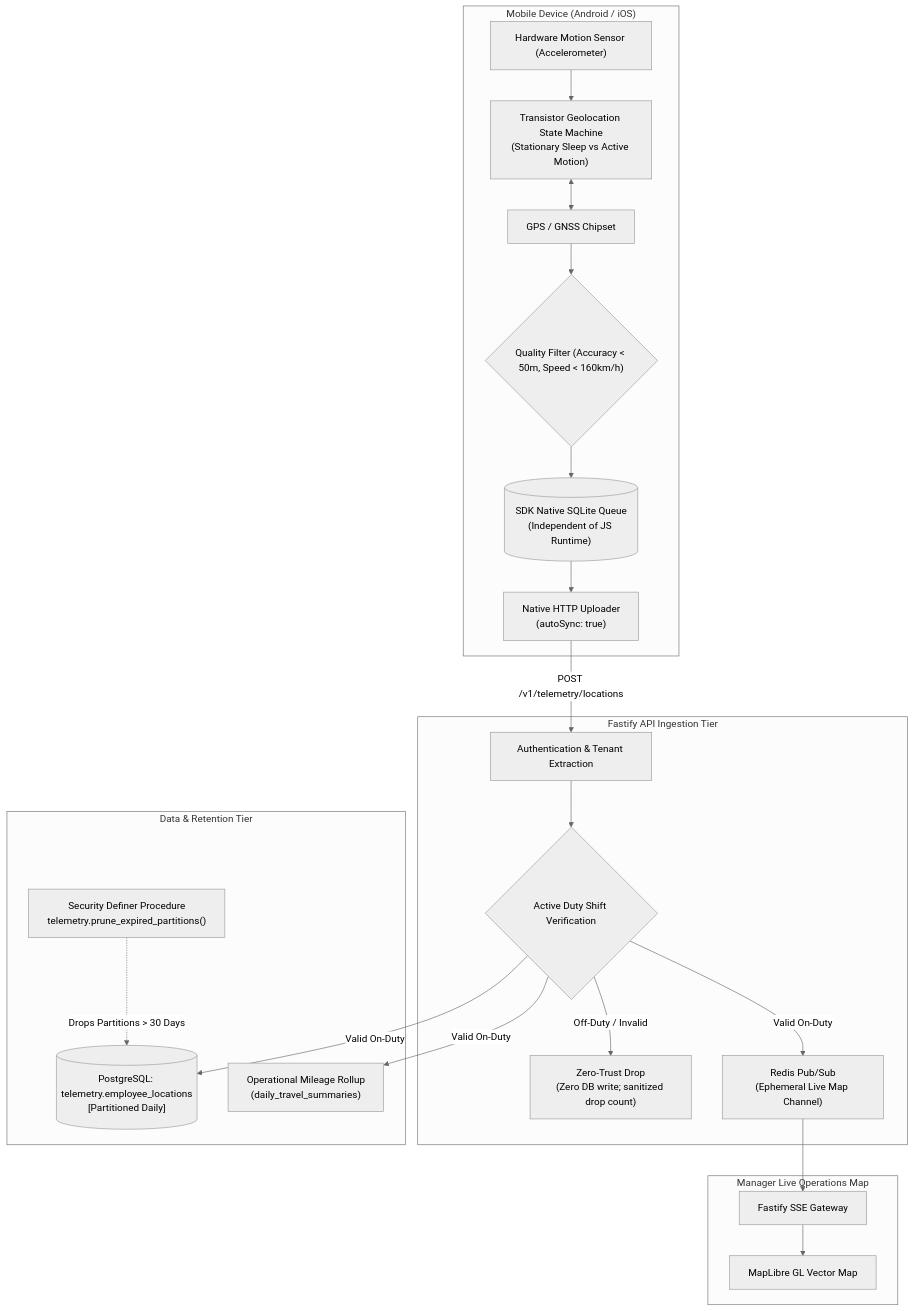
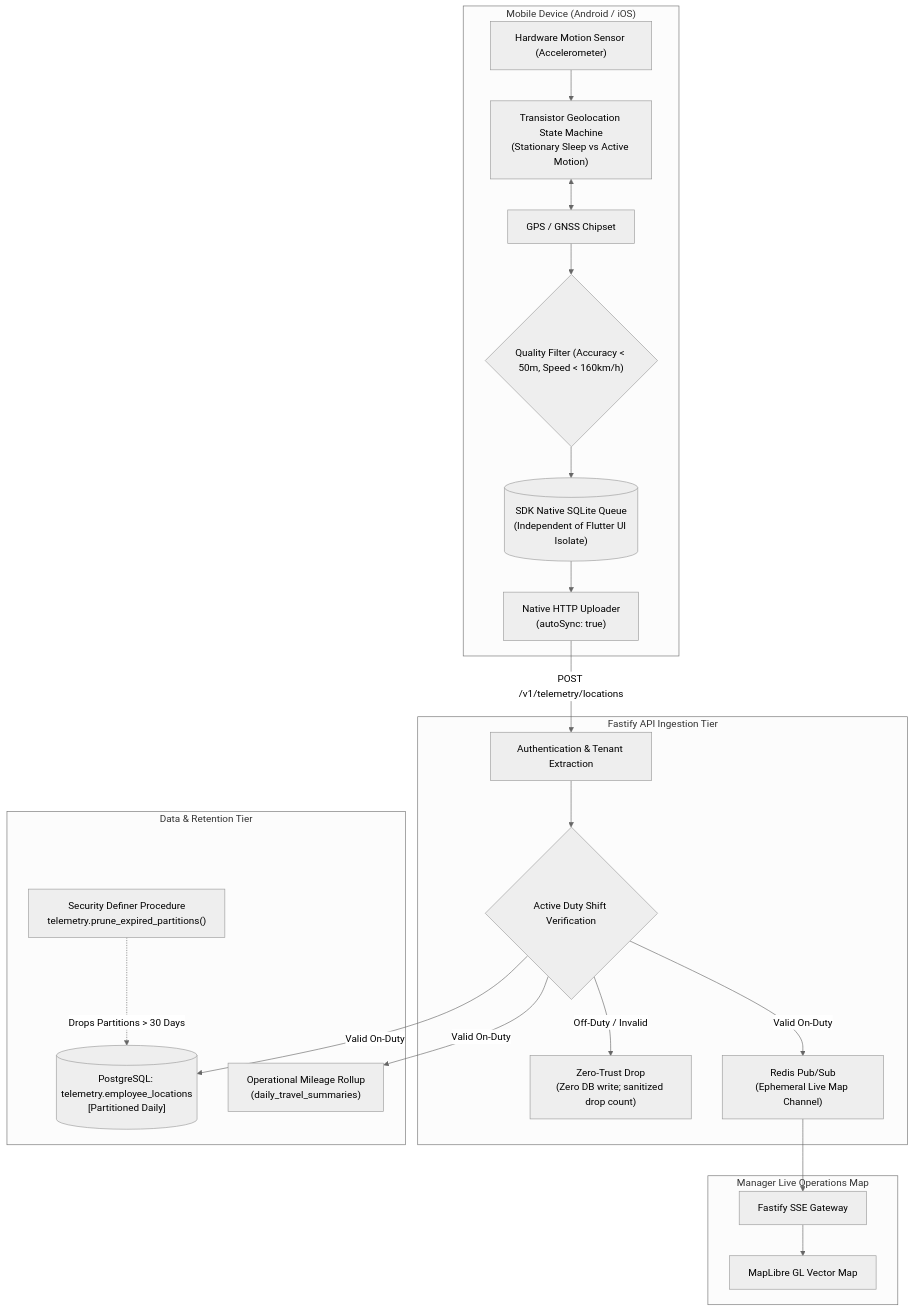
The diagram in docs/architecture/LOCATION-PIPELINE.md (djsushilkumar/oprino), drawn with Mermaid (neutral theme) before and after one commit. The commit also changed other lines of this file and 151 other files, not shown here.

Commit message:
chore: freeze Flutter architecture and Phase 01B baseline

````diff
--- a/docs/architecture/LOCATION-PIPELINE.md
+++ b/docs/architecture/LOCATION-PIPELINE.md
@@ -24,41 +24,41 @@
 ```mermaid
 flowchart TD
     subgraph MobileDevice["Mobile Device (Android / iOS)"]
         GPS["GPS / GNSS Chipset"]
         MOTION["Hardware Motion Sensor (Accelerometer)"]
         SDK_ENGINE["Transistor Geolocation State Machine<br>(Stationary Sleep vs Active Motion)"]
         QUALITY_FILTER{"Quality Filter (Accuracy < 50m, Speed < 160km/h)"}
-        NATIVE_QUEUE[("SDK Native SQLite Queue<br>(Independent of JS Runtime)")]
+        NATIVE_QUEUE[("SDK Native SQLite Queue<br>(Independent of Flutter UI Isolate)")]
         NATIVE_HTTP["Native HTTP Uploader<br>(autoSync: true)"]
     end
 
     subgraph FastifyAPI["Fastify API Ingestion Tier"]
         AUTH_GUARD["Authentication & Tenant Extraction"]
         DUTY_GUARD{"Active Duty Shift Verification"}
         DISCARD["Zero-Trust Drop<br>(Zero DB write; sanitized drop count)"]
         REDIS_PUB["Redis Pub/Sub<br>(Ephemeral Live Map Channel)"]
     end
 
     subgraph DataStorage["Data & Retention Tier"]
         PART[("PostgreSQL: telemetry.employee_locations<br>[Partitioned Daily]")]
         CONV["Operational Mileage Rollup<br>(daily_travel_summaries)"]
         MAINT_PROC["Security Definer Procedure<br>telemetry.prune_expired_partitions()"]
     end
 
     subgraph WebDashboard["Manager Live Operations Map"]
         SSE["Fastify SSE Gateway"]
         MAP["MapLibre GL Vector Map"]
     end
 
     GPS --> QUALITY_FILTER
     MOTION --> SDK_ENGINE
     SDK_ENGINE <--> GPS
     QUALITY_FILTER --> NATIVE_QUEUE --> NATIVE_HTTP
     NATIVE_HTTP -->|POST /v1/telemetry/locations| AUTH_GUARD --> DUTY_GUARD
     
     DUTY_GUARD -- "Valid On-Duty" --> PART & REDIS_PUB & CONV
     DUTY_GUARD -- "Off-Duty / Invalid" --> DISCARD
     
     REDIS_PUB --> SSE --> MAP
     MAINT_PROC -.->|Drops Partitions > 30 Days| PART
 ```
````
